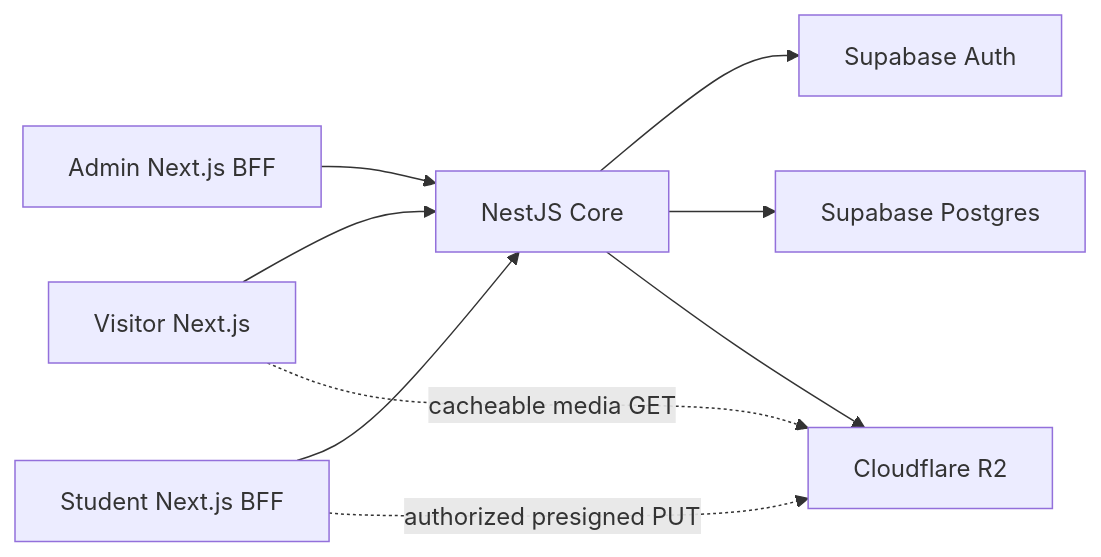
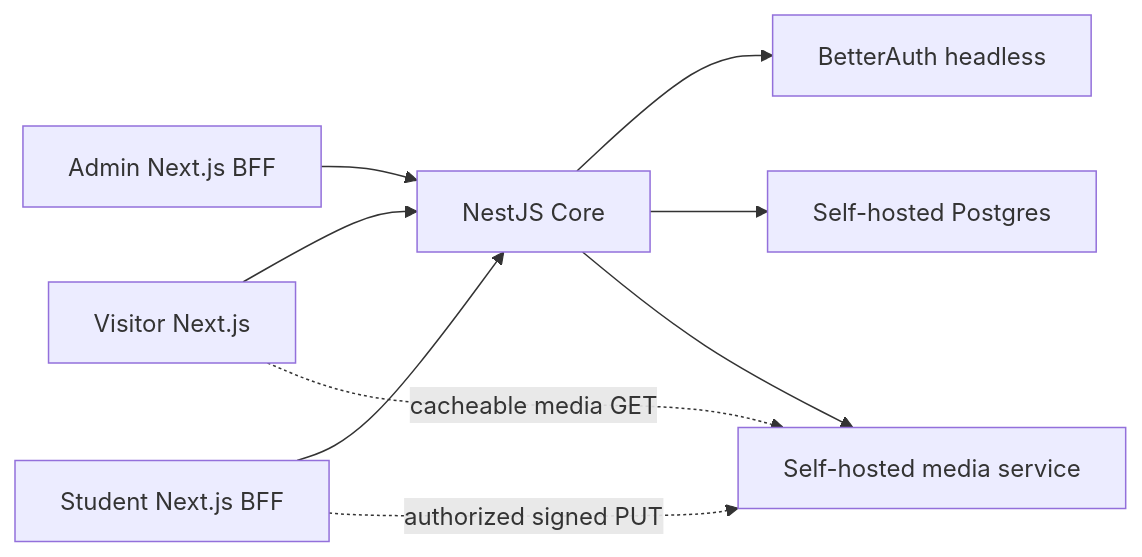
Before and after one commit to csi-spu/showcase: the diagram in docs/architecture.md, drawn with Mermaid. The commit also changed other lines of this file and 63 other files, not shown here.

Commit message:
feat(core): migrate to self-hosted stateful services

````diff
--- a/docs/architecture.md
+++ b/docs/architecture.md
@@ -5,11 +5,11 @@
 ```mermaid
 flowchart LR
   Visitor[Visitor Next.js] --> Core[NestJS Core]
   Admin[Admin Next.js BFF] --> Core
   Student[Student Next.js BFF] --> Core
-  Core --> Auth[Supabase Auth]
-  Core --> DB[Supabase Postgres]
-  Core --> R2[Cloudflare R2]
-  Student -. authorized presigned PUT .-> R2
-  Visitor -. cacheable media GET .-> R2
+  Core --> Auth[BetterAuth headless]
+  Core --> DB[Self-hosted Postgres]
+  Core --> Media[Self-hosted media service]
+  Student -. authorized signed PUT .-> Media
+  Visitor -. cacheable media GET .-> Media
 ```
````
